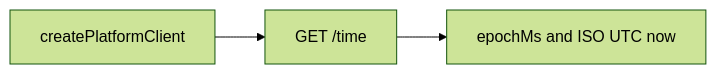
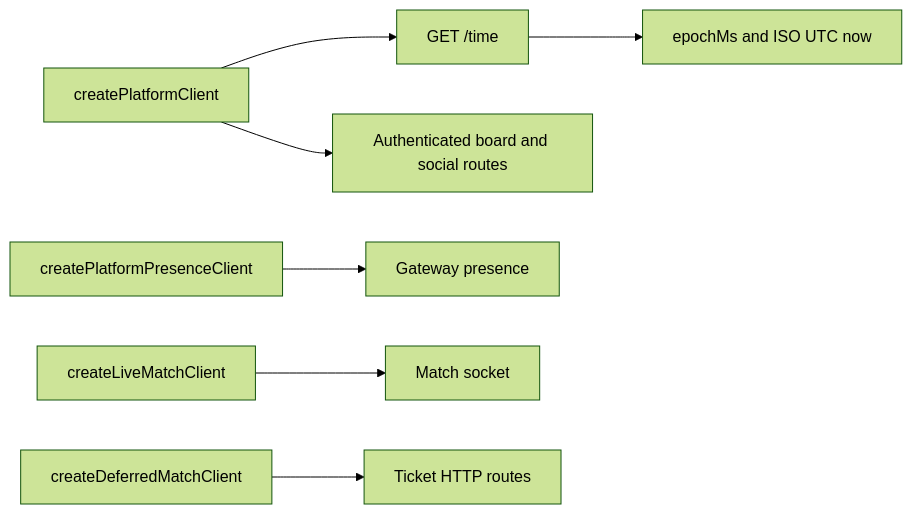
Before and after one commit to yingyeothon/tslib: the diagram in packages/platform-client/README.md, drawn with Mermaid (forest theme). The commit also changed other lines of this file and 37 other files, not shown here.

````diff
--- a/packages/platform-client/README.md
+++ b/packages/platform-client/README.md
@@ -6,5 +7,9 @@
 ```mermaid
 flowchart LR
   C[createPlatformClient] --> T[GET /time]
+  C --> S[Authenticated board and social routes]
+  P[createPlatformPresenceClient] --> G[Gateway presence]
+  M[createLiveMatchClient] --> WS[Match socket]
+  D[createDeferredMatchClient] --> H[Ticket HTTP routes]
   T --> E[epochMs and ISO UTC now]
 ```
````
